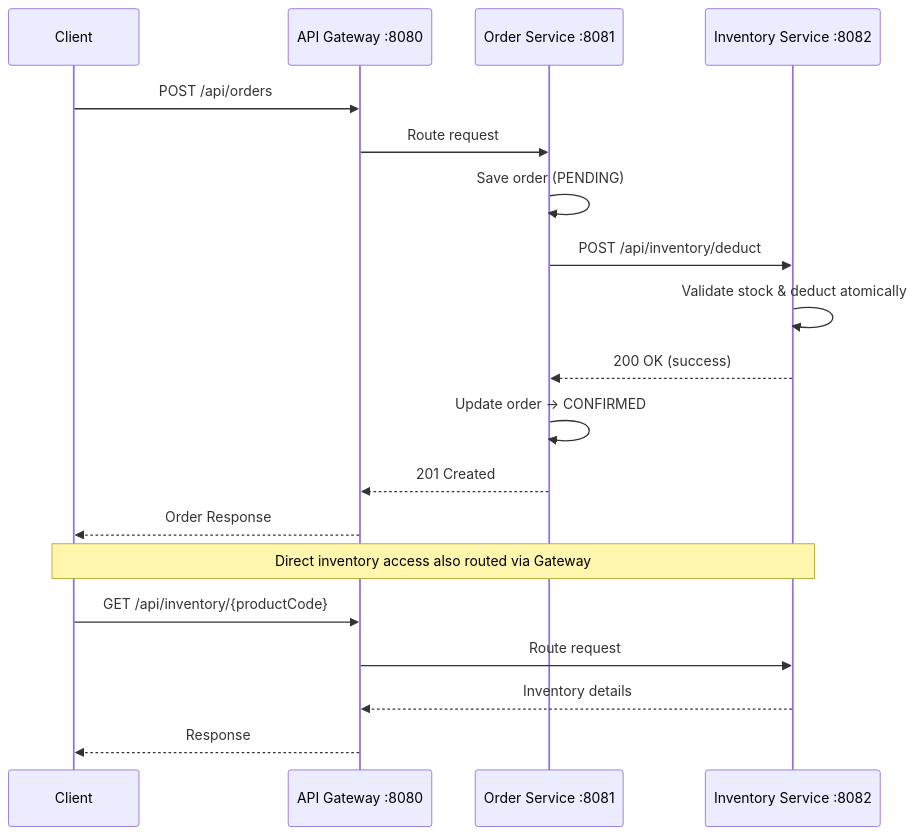
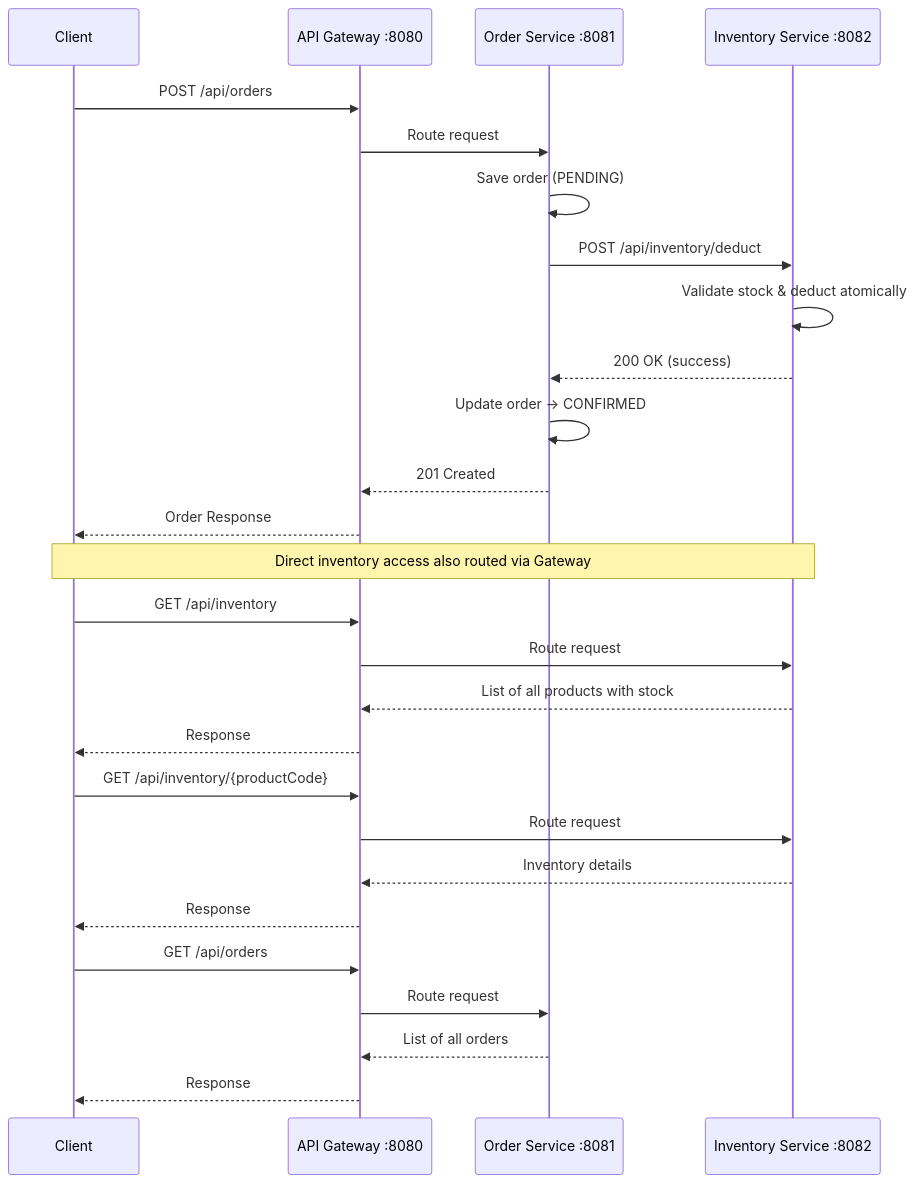
The second of 12 diagrams in docs/architecture.md (sravan9/presight-orders-tech), drawn with Mermaid before and after one commit. The commit also changed other lines of this file and 1 other file, not shown here.

Commit message:
update README and architecture documentation to include order cancellation and input validation details

````diff
--- a/docs/architecture.md
+++ b/docs/architecture.md
@@ -94,23 +94,33 @@
 ```mermaid
 sequenceDiagram
     participant C as Client
     participant GW as API Gateway :8080
     participant OS as Order Service :8081
     participant IS as Inventory Service :8082
 
     C->>GW: POST /api/orders
     GW->>OS: Route request
     OS->>OS: Save order (PENDING)
     OS->>IS: POST /api/inventory/deduct
     IS->>IS: Validate stock & deduct atomically
     IS-->>OS: 200 OK (success)
     OS->>OS: Update order → CONFIRMED
     OS-->>GW: 201 Created
     GW-->>C: Order Response
 
     Note over C,IS: Direct inventory access also routed via Gateway
+    C->>GW: GET /api/inventory
+    GW->>IS: Route request
+    IS-->>GW: List of all products with stock
+    GW-->>C: Response
+
     C->>GW: GET /api/inventory/{productCode}
     GW->>IS: Route request
     IS-->>GW: Inventory details
     GW-->>C: Response
+
+    C->>GW: GET /api/orders
+    GW->>OS: Route request
+    OS-->>GW: List of all orders
+    GW-->>C: Response
 ```
````
